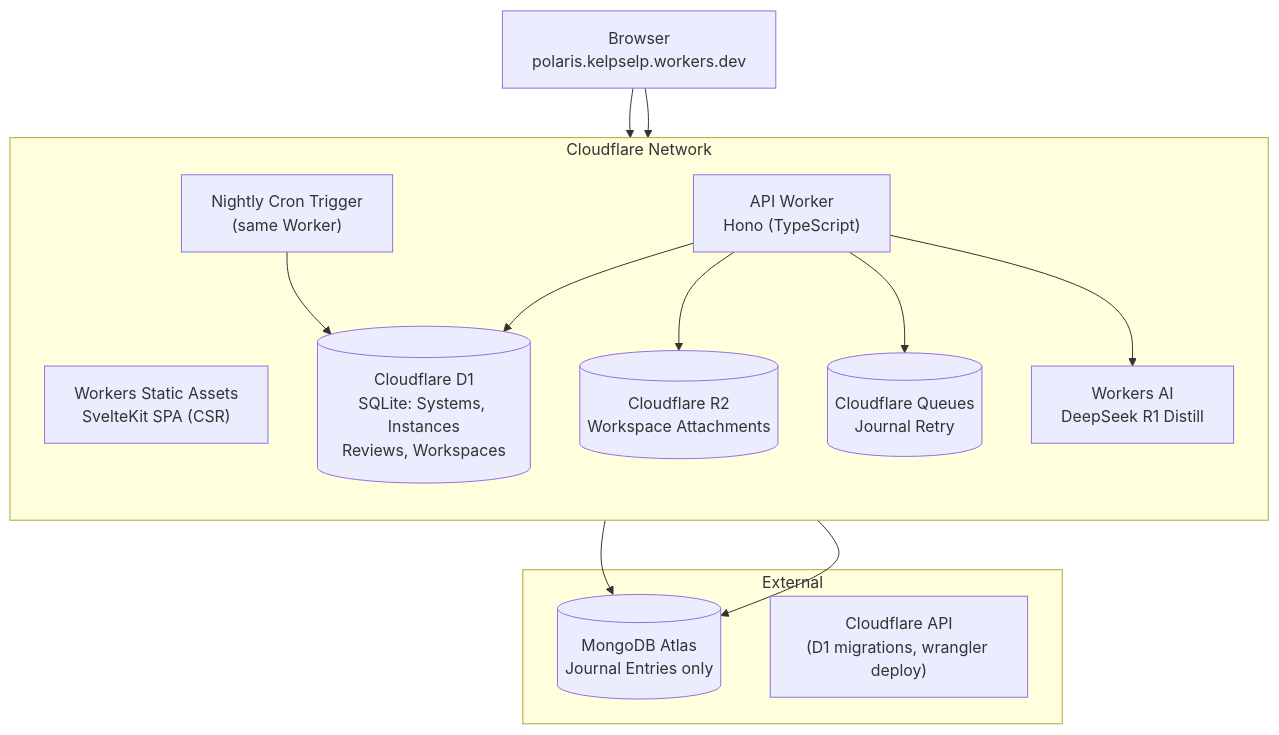
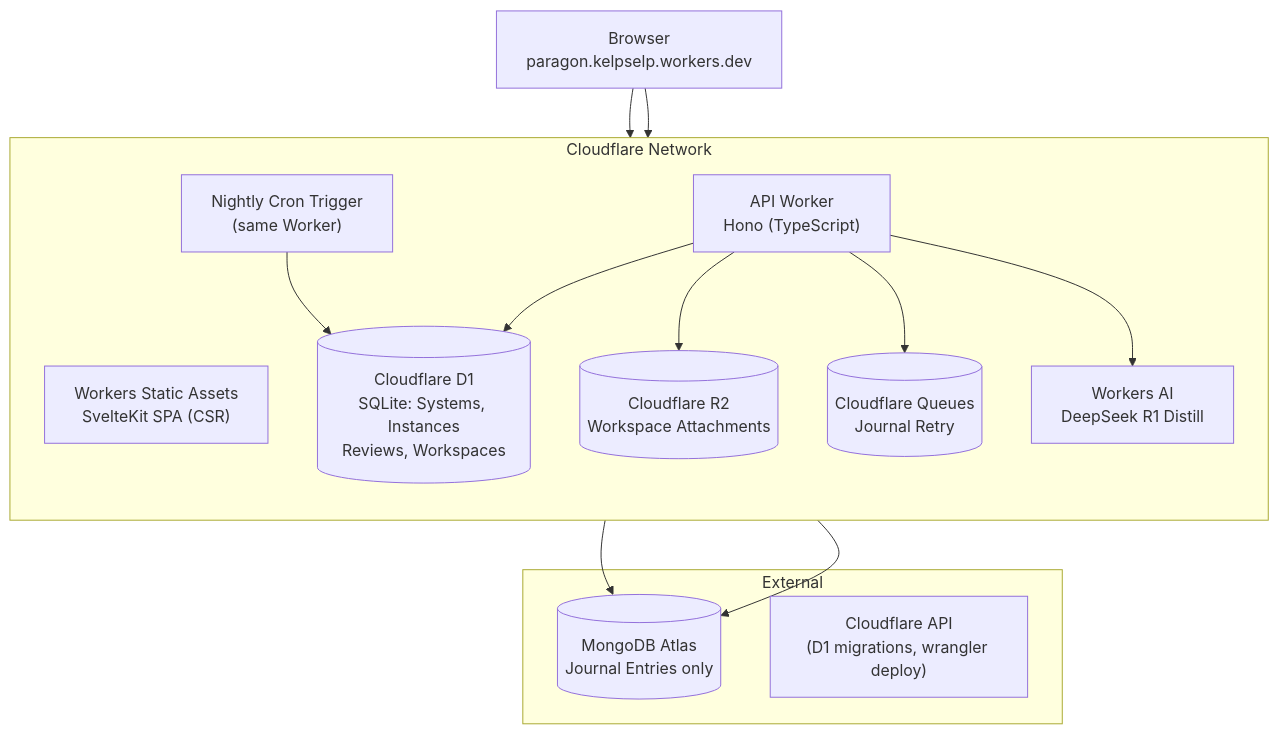
One commit to Zyxavy/Polaris changed the first of 21 diagrams in docs/system-design.md. Above: the diagram before and after it, drawn with Mermaid. The commit also changed other lines of this file and 60 other files, not shown here.

````diff
--- a/docs/system-design.md
+++ b/docs/system-design.md
@@ -17,28 +17,28 @@
 ```mermaid
 flowchart TB
     subgraph Cloudflare["Cloudflare Network"]
         direction TB
         Assets["Workers Static Assets<br/>SvelteKit SPA (CSR)"]
         API["API Worker<br/>Hono (TypeScript)"]
         Cron["Nightly Cron Trigger<br/>(same Worker)"]
         D1[("Cloudflare D1<br/>SQLite: Systems, Instances<br/>Reviews, Workspaces")]
         R2[("Cloudflare R2<br/>Workspace Attachments")]
         Q[("Cloudflare Queues<br/>Journal Retry")]
         AI["Workers AI<br/>DeepSeek R1 Distill"]
     end
 
     subgraph External["External"]
         Mongo[("MongoDB Atlas<br/>Journal Entries only")]
         CRA["Cloudflare API<br/>(D1 migrations, wrangler deploy)"]
     end
 
-    Browser["Browser<br/>polaris.kelpselp.workers.dev"] --> Assets
+    Browser["Browser<br/>paragon.kelpselp.workers.dev"] --> Assets
     Browser --> API
     API --> D1
     API --> R2
     API --> Q
     API --> AI
     Q --> Mongo
     API --> Mongo
     Cron --> D1
 ```
````
